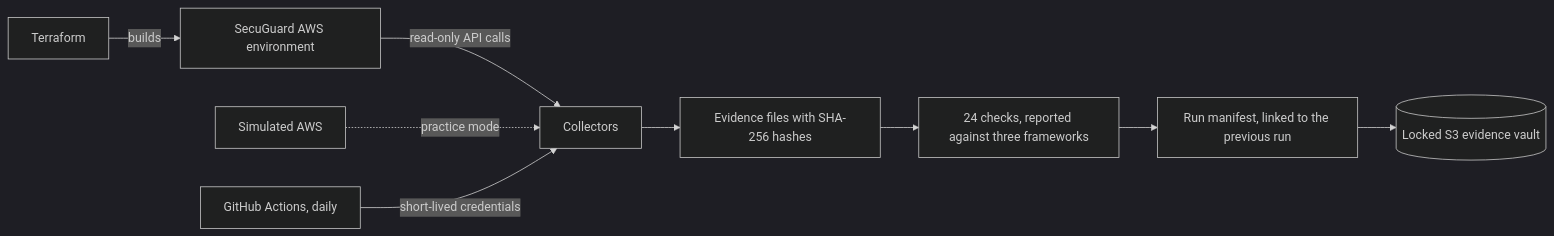
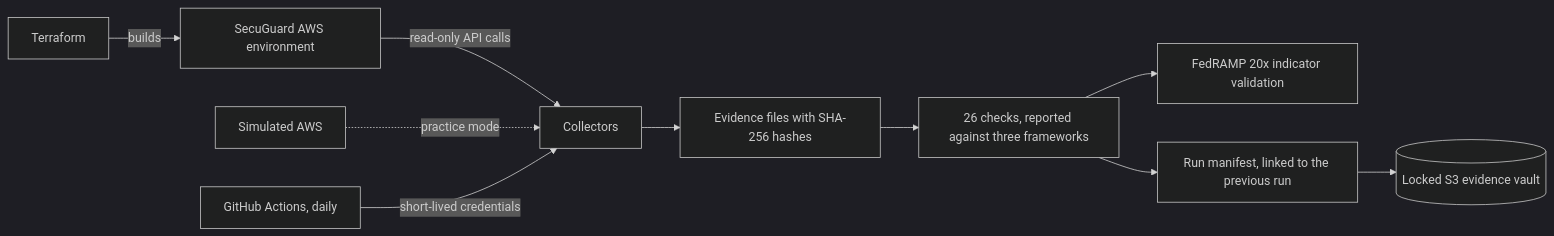
Before and after one commit to andrewcampion0473/secuguard-grc-engineering: the diagram in README.md, drawn with Mermaid (dark theme). The commit also changed other lines of this file and 39 other files, not shown here.

Commit message:
Stage 4: monitoring services and FedRAMP 20x indicator validation

````diff
--- a/README.md
+++ b/README.md
@@ -28,11 +28,12 @@
 ```mermaid
 flowchart LR
     TF[Terraform] -->|builds| AWS[SecuGuard AWS environment]
     AWS -->|read-only API calls| COL[Collectors]
     MOCK[Simulated AWS] -.->|practice mode| COL
     COL --> EV[Evidence files with SHA-256 hashes]
-    EV --> CHK[24 checks, reported against three frameworks]
+    EV --> CHK[26 checks, reported against three frameworks]
+    CHK --> KSI[FedRAMP 20x indicator validation]
     CHK --> MAN[Run manifest, linked to the previous run]
     MAN --> S3[(Locked S3 evidence vault)]
     GH[GitHub Actions, daily] -->|short-lived credentials| COL
 ```
````
